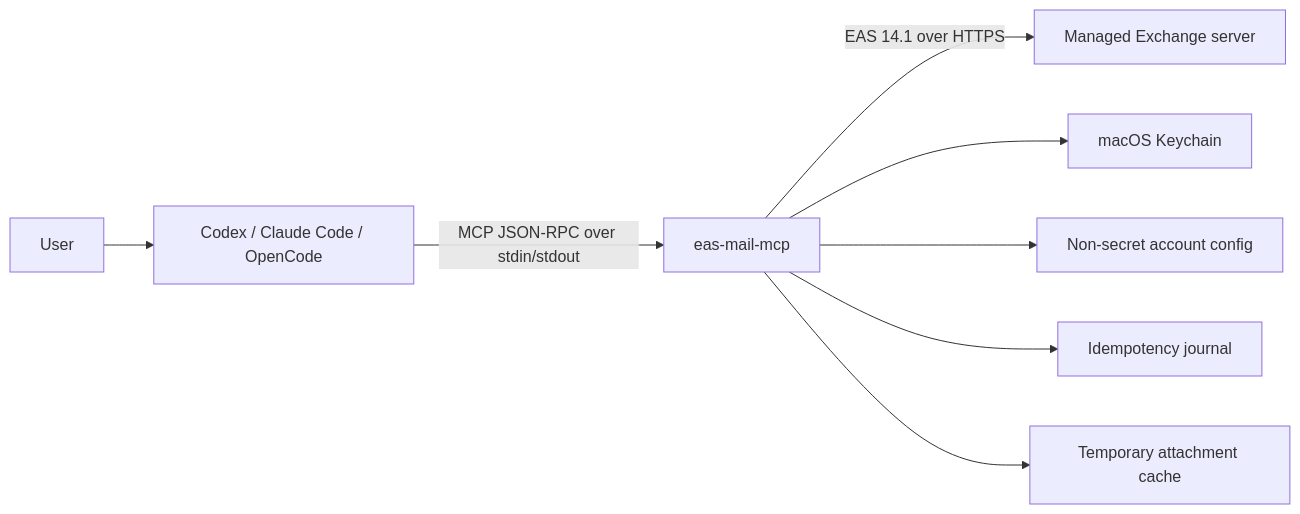
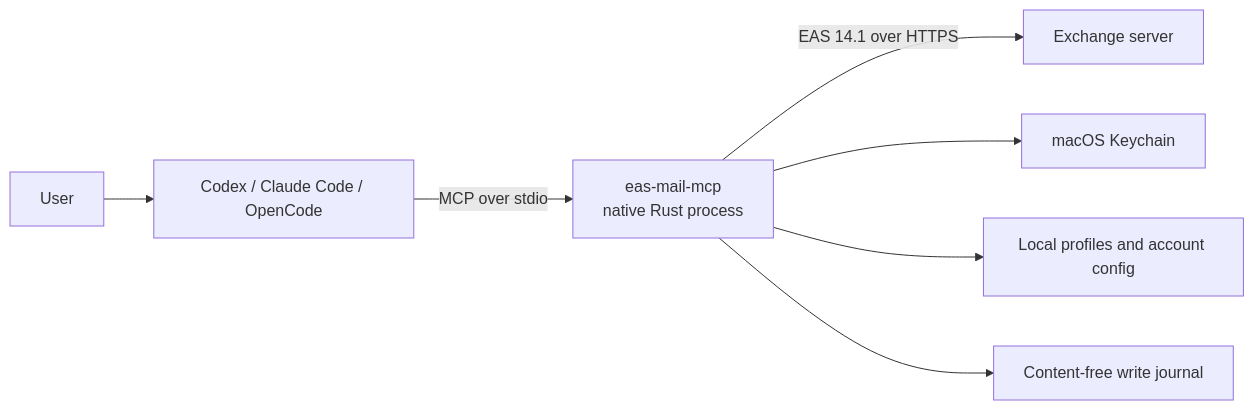
Before and after one commit to Acrom7/eas-mail-mcp: the diagram in README.md, drawn with Mermaid. The commit also changed other lines of this file and 3 other files, not shown here.

````diff
--- a/README.md
+++ b/README.md
@@ -19,10 +72,9 @@
 ```mermaid
 flowchart LR
     User["User"] --> Client["Codex / Claude Code / OpenCode"]
-    Client -->|"MCP JSON-RPC over stdin/stdout"| App["eas-mail-mcp"]
-    App -->|"EAS 14.1 over HTTPS"| Exchange["Managed Exchange server"]
-    App --> Keychain["macOS Keychain"]
-    App --> Config["Non-secret account config"]
-    App --> Journal["Idempotency journal"]
-    App --> Attachments["Temporary attachment cache"]
+    Client -->|"MCP over stdio"| MCP["eas-mail-mcp<br/>native Rust process"]
+    MCP -->|"EAS 14.1 over HTTPS"| Exchange["Exchange server"]
+    MCP --> Keychain["macOS Keychain"]
+    MCP --> Config["Local profiles and account config"]
+    MCP --> Journal["Content-free write journal"]
 ```
````
